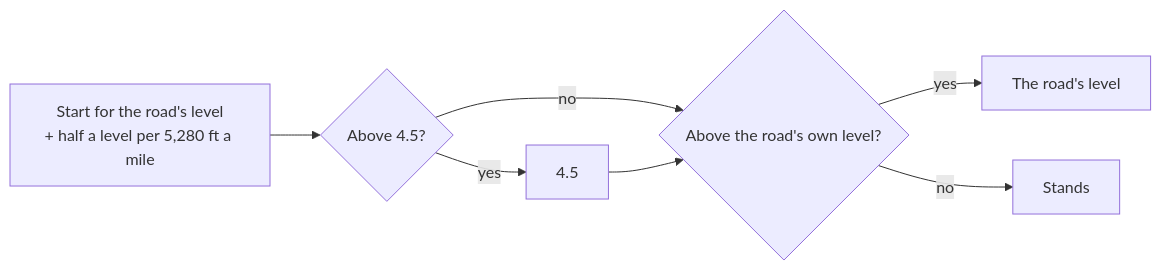
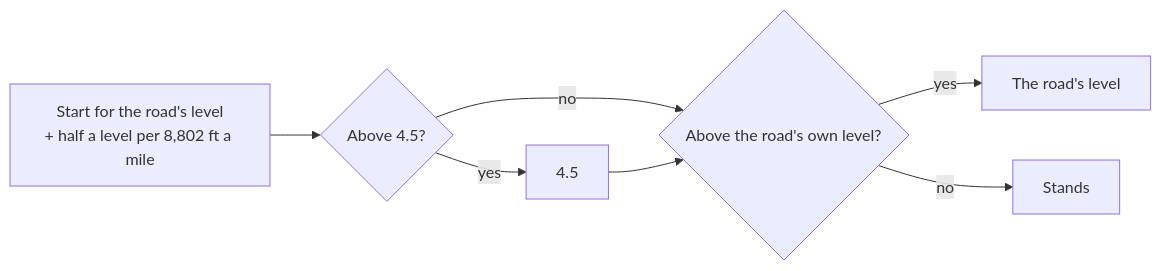
Before and after one commit to Macrophage87/RouteMaker: the fifth of 8 diagrams in docs/stress/side-paths.md, drawn with Mermaid. The commit also changed other lines of this file and 21 other files, not shown here.

````diff
--- a/docs/stress/side-paths.md
+++ b/docs/stress/side-paths.md
@@ -406,9 +439,9 @@
 ```mermaid
 flowchart LR
-    A["Start for the road's level<br/>+ half a level per 5,280 ft a mile"] --> B{"Above 4.5?"}
+    A["Start for the road's level<br/>+ half a level per 8,802 ft a mile"] --> B{"Above 4.5?"}
     B -- yes --> C["4.5"]
     B -- no --> D{"Above the road's own level?"}
     C --> D
     D -- yes --> E["The road's level"]
     D -- no --> F["Stands"]
 ```
````
